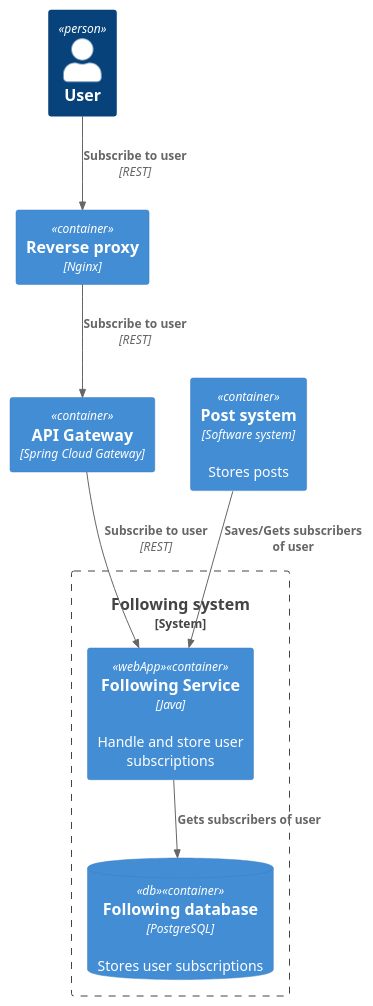
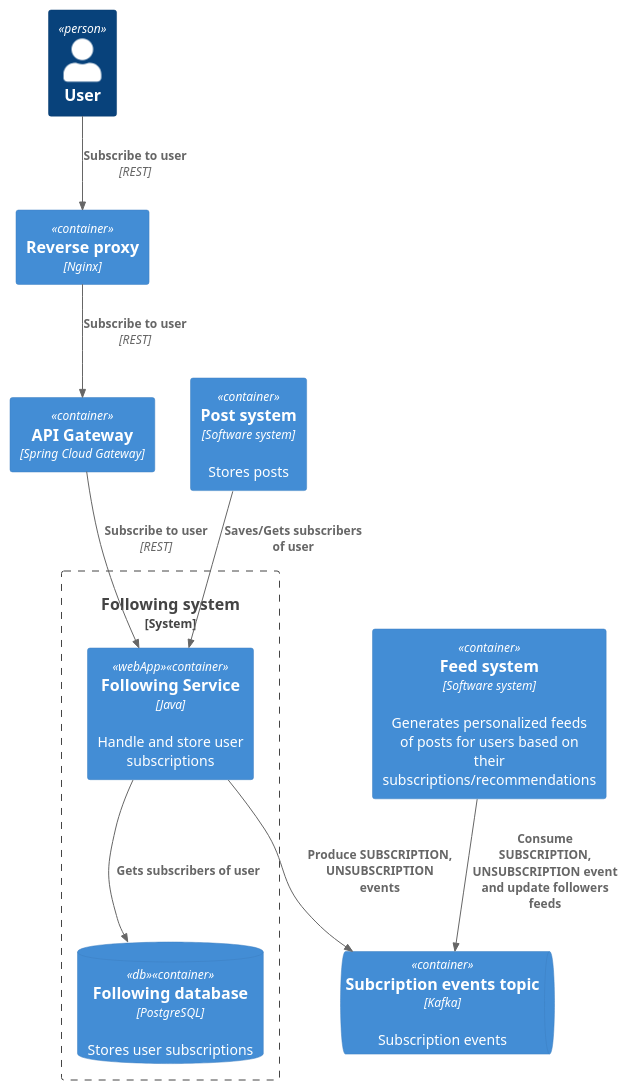
Before and after one commit to dmitry-bughunter/social_network_system_design: the diagram in architecture/following_system/container.puml, drawn with PlantUML. The commit also changed 9 other files, not shown here.

Commit message:
add relations between following system and feed system, update descriptions

```diff
--- a/architecture/following_system/container.puml
+++ b/architecture/following_system/container.puml
@@ -1,20 +1,24 @@
 @startuml
 !include https://raw.githubusercontent.com/plantuml-stdlib/C4-PlantUML/master/C4_Container.puml
 
 Person(user, "User")
 Container(reverseProxy, "Reverse proxy", "Nginx")
 Container(apiGateway, "API Gateway", "Spring Cloud Gateway")
+ContainerQueue(subscriptionsQueue, "Subcription events topic", "Kafka", "Subscription events")
+Container(feedSystem, "Feed system", "Software system", "Generates personalized feeds of posts for users based on their subscriptions/recommendations")
 
 System_Boundary(followingSystem, "Following system") {
 Container(followingService, "Following Service", "Java", "Handle and store user subscriptions", $tags="webApp")
 ContainerDb(followingDatabase, "Following database", "PostgreSQL", "Stores user subscriptions",  $tags="db")
 }
 Container(postSystem, "Post system", "Software system", "Stores posts")
 
 Rel(user, reverseProxy, "Subscribe to user", "REST")
 Rel(reverseProxy, apiGateway, "Subscribe to user", "REST")
 Rel(apiGateway, followingService, "Subscribe to user", "REST")
 Rel(postSystem, followingService, "Saves/Gets subscribers of user")
 Rel(followingService, followingDatabase, "Gets subscribers of user")
+Rel(followingService, subscriptionsQueue, "Produce SUBSCRIPTION, UNSUBSCRIPTION events")
+Rel(feedSystem, subscriptionsQueue, "Consume SUBSCRIPTION, UNSUBSCRIPTION event and update followers feeds")
 
 @enduml
```
